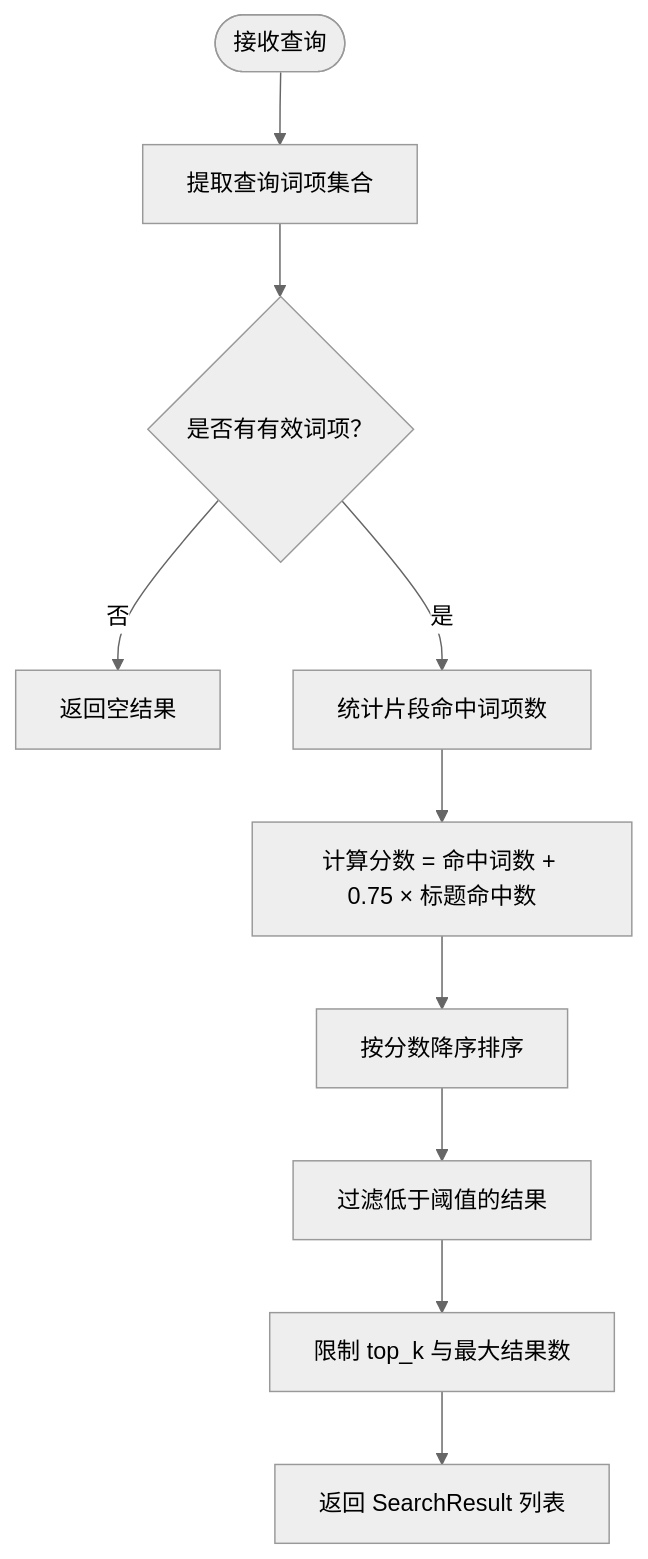
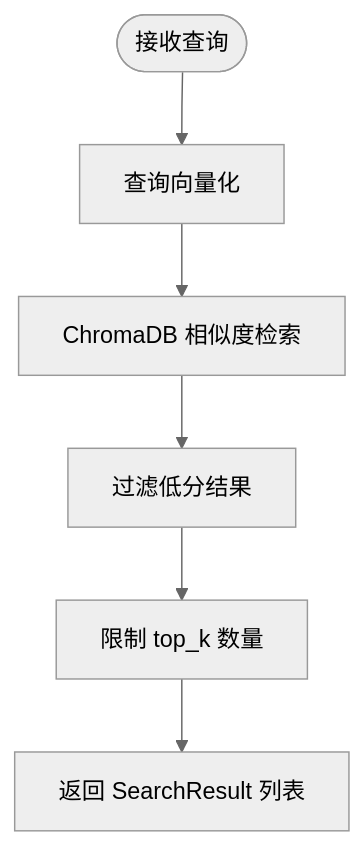
One commit to xyx1028/agentHelp changed the sixth of 9 diagrams in .qoder/repowiki/zh/content/RAG 知识检索.md. Above: the diagram before and after it, drawn with Mermaid (neutral theme). The commit also changed other lines of this file and 115 other files, not shown here.

````diff
--- a/.qoder/repowiki/zh/content/RAG 知识检索.md
+++ b/.qoder/repowiki/zh/content/RAG 知识检索.md
@@ -191,12 +204,8 @@
 ```mermaid
 flowchart TD
-Q(["接收查询"]) --> Tokenize["提取查询词项集合"]
-Tokenize --> HasTerms{"是否有有效词项？"}
-HasTerms --> |否| Empty["返回空结果"]
-HasTerms --> |是| CountHits["统计片段命中词项数"]
-CountHits --> Score["计算分数 = 命中词数 + 0.75 × 标题命中数"]
-Score --> Sort["按分数降序排序"]
-Sort --> Filter["过滤低于阈值的结果"]
-Filter --> Limit["限制 top_k 与最大结果数"]
-Limit --> Return["返回 SearchResult 列表"]
+Q(["接收查询"]) --> EmbedQuery["查询向量化"]
+EmbedQuery --> SearchChroma["ChromaDB 相似度检索"]
+SearchChroma --> FilterScore["过滤低分结果"]
+FilterScore --> LimitTopK["限制 top_k 数量"]
+LimitTopK --> Return["返回 SearchResult 列表"]
 ```
````
